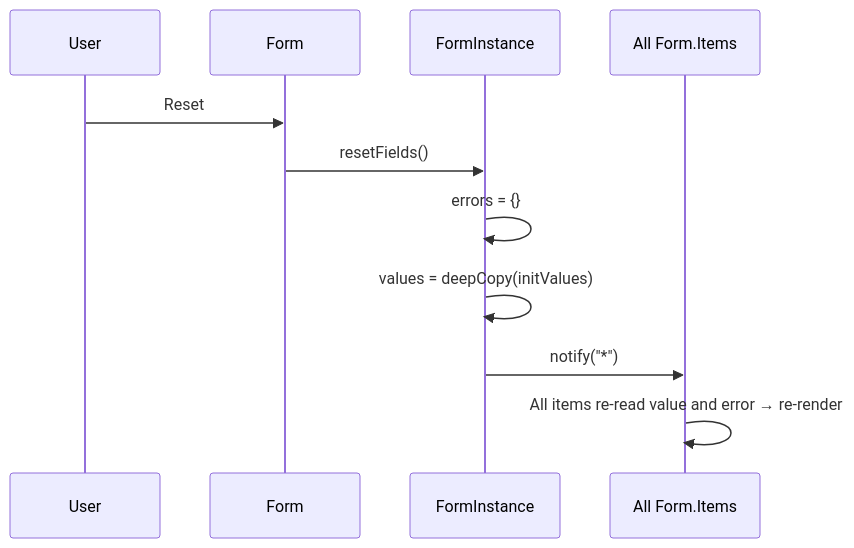
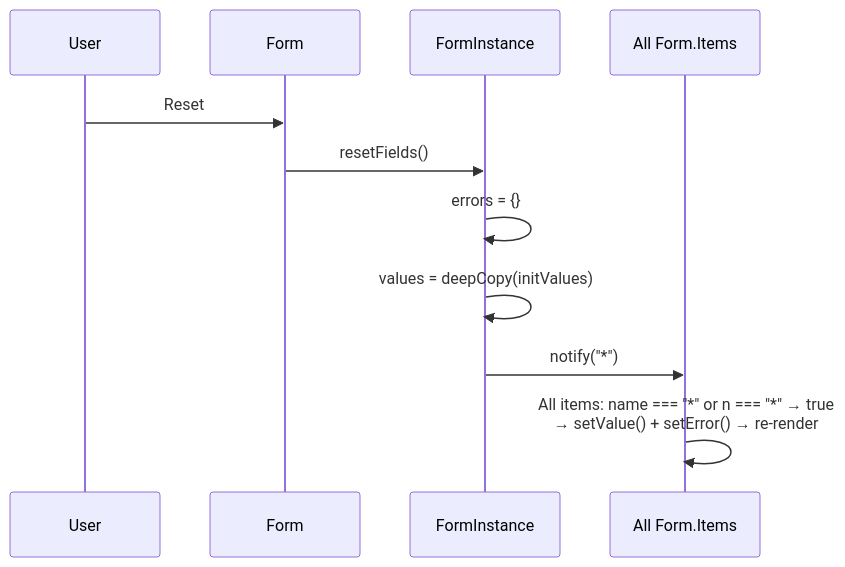
Before and after one commit to wangdicoder/tiny-design: the fifth of 7 diagrams in packages/react/src/form/ARCHITECTURE.md, drawn with Mermaid. The commit also changed other lines of this file and 2 other files, not shown here.

````diff
--- a/packages/react/src/form/ARCHITECTURE.md
+++ b/packages/react/src/form/ARCHITECTURE.md
@@ -152,14 +209,14 @@
 ```mermaid
 sequenceDiagram
     participant User
     participant Form
     participant Store as FormInstance
     participant Items as All Form.Items
 
     User->>Form: Reset
     Form->>Store: resetFields()
     Store->>Store: errors = {}
     Store->>Store: values = deepCopy(initValues)
     Store->>Items: notify("*")
-    Items->>Items: All items re-read value and error → re-render
+    Items->>Items: All items: name === "*" or n === "*" → true<br/>→ setValue() + setError() → re-render
 ```
````
